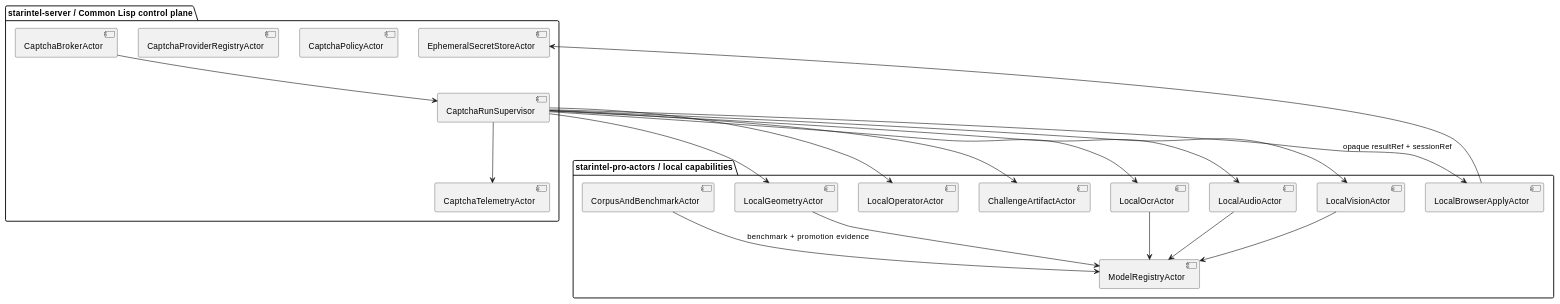
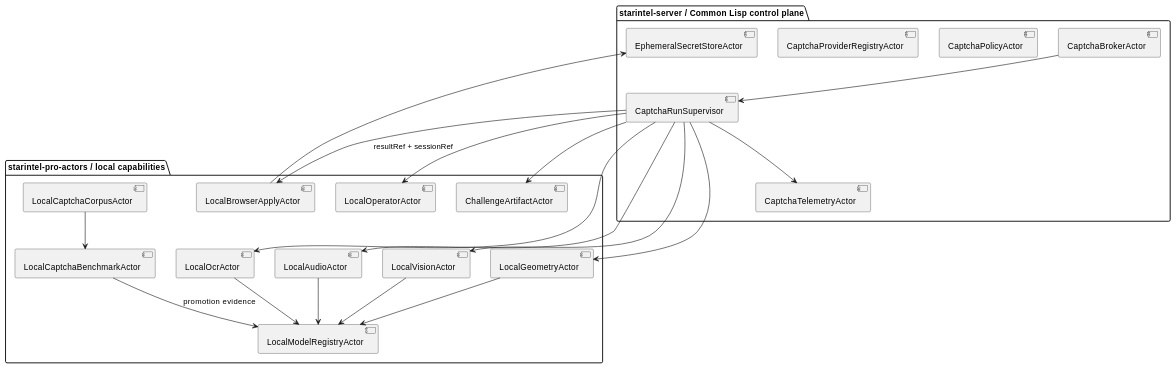
Before and after one commit to lost-rob0t/starintel-auto-research: the diagram in roam/research/starintel-pro-actors/STAR-PRO-RESEARCH-008-self-sourced-captcha-solver-stack.org, drawn with PlantUML. The commit also changed other lines of this file, not shown here.

Commit message:
fix: validate self-sourced CAPTCHA research approval metadata

```diff
--- a/roam/research/starintel-pro-actors/STAR-PRO-RESEARCH-008-self-sourced-captcha-solver-stack.org
+++ b/roam/research/starintel-pro-actors/STAR-PRO-RESEARCH-008-self-sourced-captcha-solver-stack.org
@@ -91,40 +134,42 @@
 #+begin_src plantuml
 @startuml
 package "starintel-server / Common Lisp control plane" {
   [CaptchaBrokerActor]
   [CaptchaRunSupervisor]
   [CaptchaPolicyActor]
   [CaptchaProviderRegistryActor]
   [EphemeralSecretStoreActor]
   [CaptchaTelemetryActor]
 }
 
 package "starintel-pro-actors / local capabilities" {
   [ChallengeArtifactActor]
   [LocalOcrActor]
   [LocalAudioActor]
   [LocalVisionActor]
   [LocalGeometryActor]
   [LocalBrowserApplyActor]
   [LocalOperatorActor]
-  [ModelRegistryActor]
-  [CorpusAndBenchmarkActor]
+  [LocalModelRegistryActor]
+  [LocalCaptchaBenchmarkActor]
+  [LocalCaptchaCorpusActor]
 }
 
 [CaptchaBrokerActor] --> [CaptchaRunSupervisor]
 [CaptchaRunSupervisor] --> [ChallengeArtifactActor]
 [CaptchaRunSupervisor] --> [LocalOcrActor]
 [CaptchaRunSupervisor] --> [LocalAudioActor]
 [CaptchaRunSupervisor] --> [LocalVisionActor]
 [CaptchaRunSupervisor] --> [LocalGeometryActor]
 [CaptchaRunSupervisor] --> [LocalOperatorActor]
-[LocalOcrActor] --> [ModelRegistryActor]
-[LocalAudioActor] --> [ModelRegistryActor]
-[LocalVisionActor] --> [ModelRegistryActor]
-[LocalGeometryActor] --> [ModelRegistryActor]
-[CaptchaRunSupervisor] --> [LocalBrowserApplyActor] : opaque resultRef + sessionRef
+[LocalOcrActor] --> [LocalModelRegistryActor]
+[LocalAudioActor] --> [LocalModelRegistryActor]
+[LocalVisionActor] --> [LocalModelRegistryActor]
+[LocalGeometryActor] --> [LocalModelRegistryActor]
+[CaptchaRunSupervisor] --> [LocalBrowserApplyActor] : resultRef + sessionRef
 [LocalBrowserApplyActor] --> [EphemeralSecretStoreActor]
-[CorpusAndBenchmarkActor] --> [ModelRegistryActor] : benchmark + promotion evidence
+[LocalCaptchaCorpusActor] --> [LocalCaptchaBenchmarkActor]
+[LocalCaptchaBenchmarkActor] --> [LocalModelRegistryActor] : promotion evidence
 [CaptchaRunSupervisor] --> [CaptchaTelemetryActor]
 @enduml
 #+end_src
```
